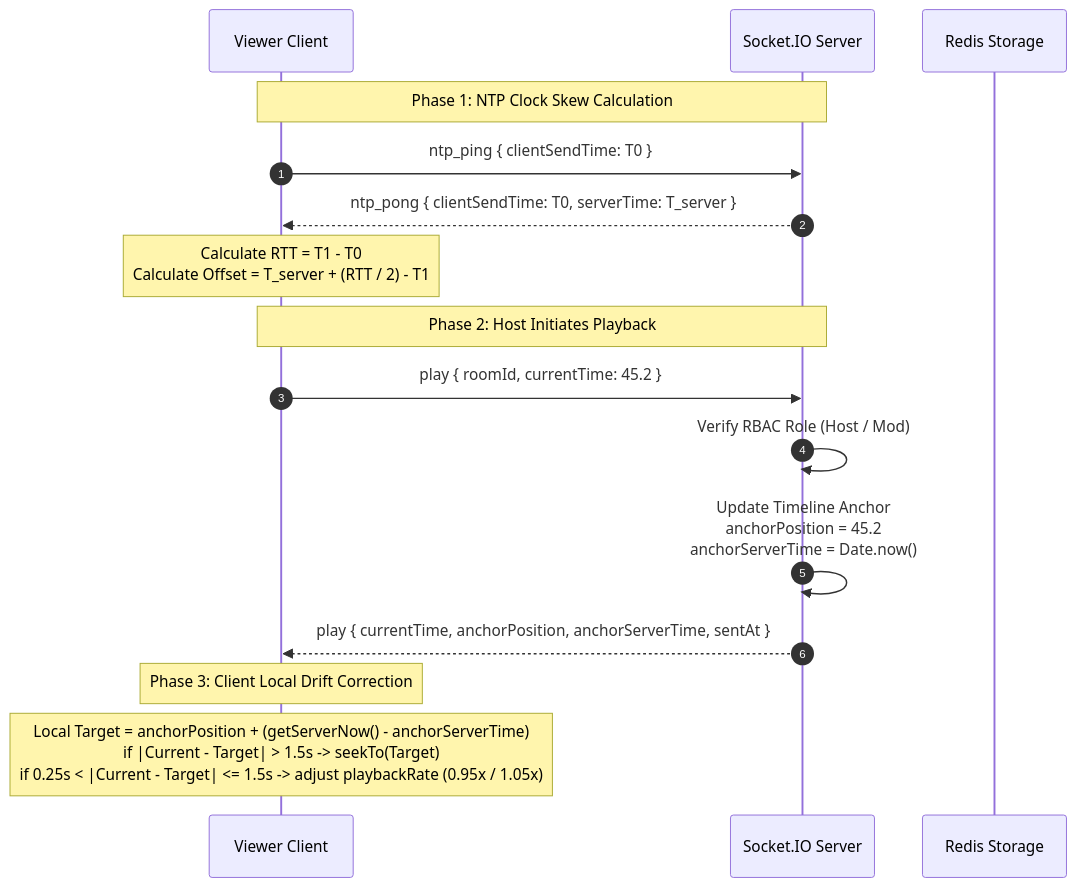
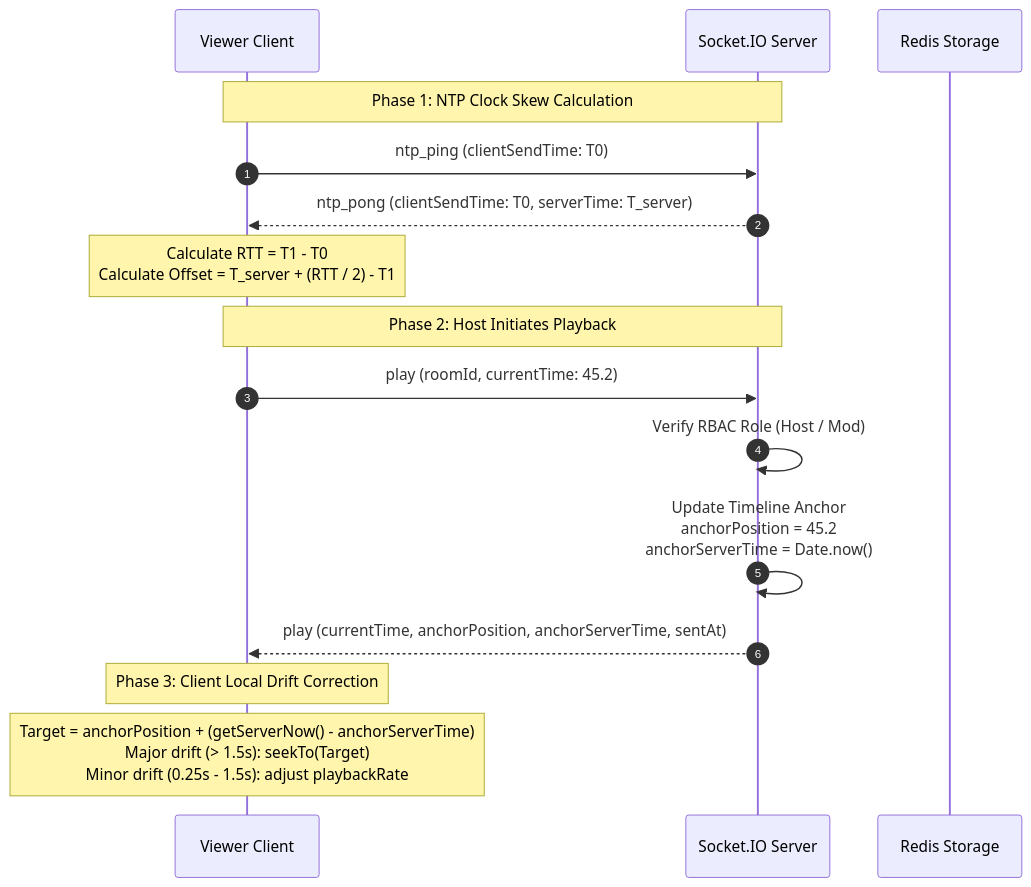
Before and after one commit to DAbharat/Watch2Gether: the second of 3 diagrams in README.md, drawn with Mermaid. The commit also changed other lines of this file, not shown here.

````diff
--- a/README.md
+++ b/README.md
@@ -120,21 +120,21 @@
 ```mermaid
 sequenceDiagram
     autonumber
     participant Client as Viewer Client
     participant Server as Socket.IO Server
     participant Redis as Redis Storage
 
     Note over Client,Server: Phase 1: NTP Clock Skew Calculation
-    Client->>Server: ntp_ping { clientSendTime: T0 }
-    Server-->>Client: ntp_pong { clientSendTime: T0, serverTime: T_server }
+    Client->>Server: ntp_ping (clientSendTime: T0)
+    Server-->>Client: ntp_pong (clientSendTime: T0, serverTime: T_server)
     Note over Client: Calculate RTT = T1 - T0<br/>Calculate Offset = T_server + (RTT / 2) - T1
 
     Note over Client,Server: Phase 2: Host Initiates Playback
-    Client->>Server: play { roomId, currentTime: 45.2 }
+    Client->>Server: play (roomId, currentTime: 45.2)
     Server->>Server: Verify RBAC Role (Host / Mod)
     Server->>Server: Update Timeline Anchor<br/>anchorPosition = 45.2<br/>anchorServerTime = Date.now()
-    Server-->>Client: play { currentTime, anchorPosition, anchorServerTime, sentAt }
+    Server-->>Client: play (currentTime, anchorPosition, anchorServerTime, sentAt)
 
     Note over Client: Phase 3: Client Local Drift Correction
-    Note over Client: Local Target = anchorPosition + (getServerNow() - anchorServerTime)<br/>if |Current - Target| > 1.5s -> seekTo(Target)<br/>if 0.25s < |Current - Target| <= 1.5s -> adjust playbackRate (0.95x / 1.05x)
+    Note over Client: Target = anchorPosition + (getServerNow() - anchorServerTime)<br/>Major drift (> 1.5s): seekTo(Target)<br/>Minor drift (0.25s - 1.5s): adjust playbackRate
 ```
````
